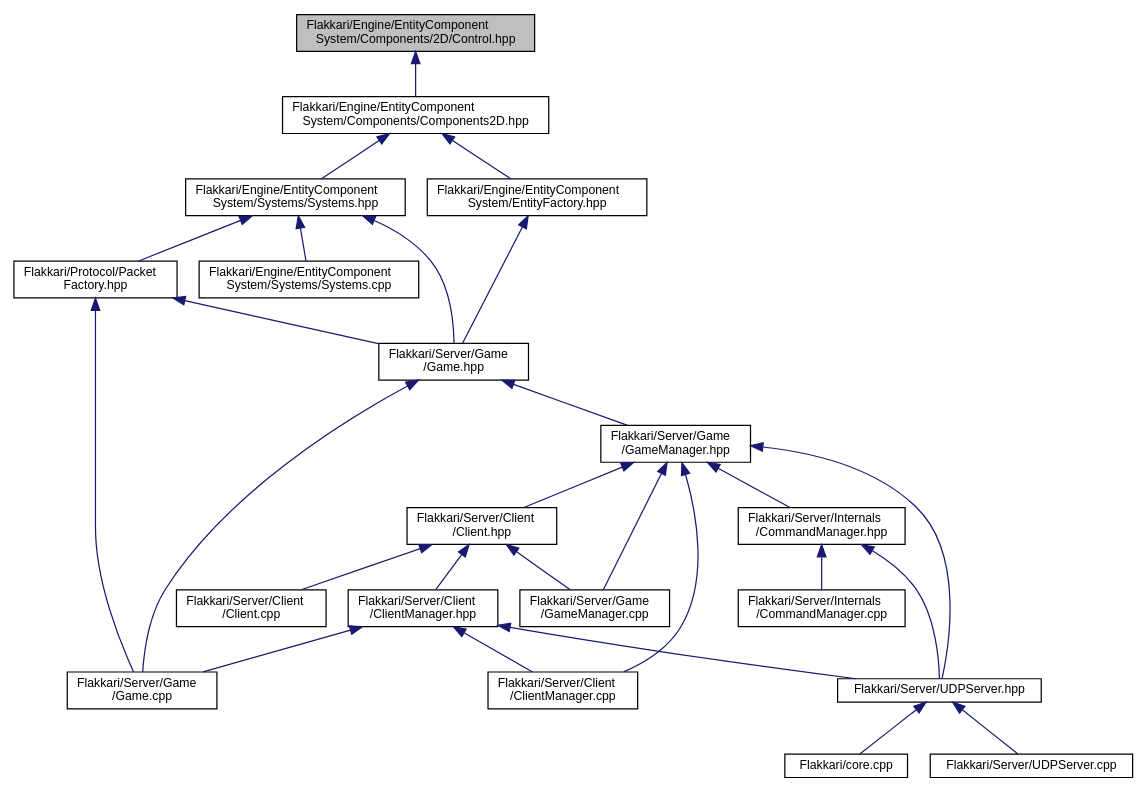
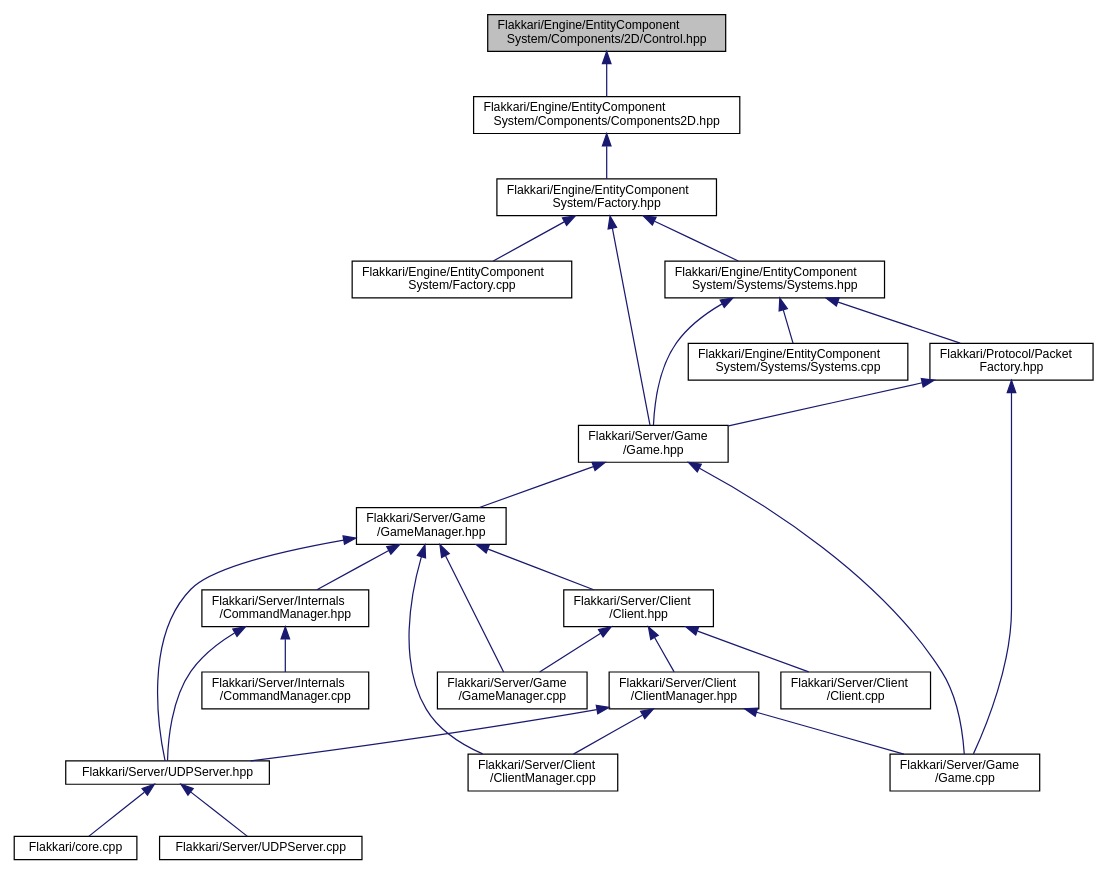
Before and after one commit to MasterLaplace/flakkari: the diagram in df/df8/2D_2Control_8hpp__dep__incl.dot, drawn with Graphviz. The commit also changed 525 other files, not shown here.

```diff
--- a/df/df8/2D_2Control_8hpp__dep__incl.dot
+++ b/df/df8/2D_2Control_8hpp__dep__incl.dot
@@ -1,51 +1,53 @@
 digraph "Flakkari/Engine/EntityComponentSystem/Components/2D/Control.hpp"
 {
  // LATEX_PDF_SIZE
   edge [fontname="Helvetica",fontsize="10",labelfontname="Helvetica",labelfontsize="10"];
   node [fontname="Helvetica",fontsize="10",shape=record];
   Node1 [label="Flakkari/Engine/EntityComponent\lSystem/Components/2D/Control.hpp",height=0.2,width=0.4,color="black", fillcolor="grey75", style="filled", fontcolor="black",tooltip=" "];
   Node1 -> Node2 [dir="back",color="midnightblue",fontsize="10",style="solid",fontname="Helvetica"];
   Node2 [label="Flakkari/Engine/EntityComponent\lSystem/Components/Components2D.hpp",height=0.2,width=0.4,color="black", fillcolor="white", style="filled",URL="$d0/d43/Components2D_8hpp.html",tooltip=" "];
   Node2 -> Node3 [dir="back",color="midnightblue",fontsize="10",style="solid",fontname="Helvetica"];
-  Node3 [label="Flakkari/Engine/EntityComponent\lSystem/EntityFactory.hpp",height=0.2,width=0.4,color="black", fillcolor="white", style="filled",URL="$db/deb/EntityFactory_8hpp.html",tooltip=" "];
+  Node3 [label="Flakkari/Engine/EntityComponent\lSystem/Factory.hpp",height=0.2,width=0.4,color="black", fillcolor="white", style="filled",URL="$d5/d03/Factory_8hpp.html",tooltip=" "];
   Node3 -> Node4 [dir="back",color="midnightblue",fontsize="10",style="solid",fontname="Helvetica"];
-  Node4 [label="Flakkari/Server/Game\l/Game.hpp",height=0.2,width=0.4,color="black", fillcolor="white", style="filled",URL="$d5/d4b/Game_8hpp.html",tooltip=" "];
-  Node4 -> Node5 [dir="back",color="midnightblue",fontsize="10",style="solid",fontname="Helvetica"];
-  Node5 [label="Flakkari/Server/Game\l/Game.cpp",height=0.2,width=0.4,color="black", fillcolor="white", style="filled",URL="$d0/dc4/Game_8cpp.html",tooltip=" "];
-  Node4 -> Node6 [dir="back",color="midnightblue",fontsize="10",style="solid",fontname="Helvetica"];
-  Node6 [label="Flakkari/Server/Game\l/GameManager.hpp",height=0.2,width=0.4,color="black", fillcolor="white", style="filled",URL="$d6/d27/GameManager_8hpp.html",tooltip=" "];
-  Node6 -> Node7 [dir="back",color="midnightblue",fontsize="10",style="solid",fontname="Helvetica"];
-  Node7 [label="Flakkari/Server/Client\l/Client.hpp",height=0.2,width=0.4,color="black", fillcolor="white", style="filled",URL="$d3/d8e/Client_8hpp.html",tooltip=" "];
+  Node4 [label="Flakkari/Engine/EntityComponent\lSystem/Factory.cpp",height=0.2,width=0.4,color="black", fillcolor="white", style="filled",URL="$d8/d5f/Factory_8cpp.html",tooltip=" "];
+  Node3 -> Node5 [dir="back",color="midnightblue",fontsize="10",style="solid",fontname="Helvetica"];
+  Node5 [label="Flakkari/Engine/EntityComponent\lSystem/Systems/Systems.hpp",height=0.2,width=0.4,color="black", fillcolor="white", style="filled",URL="$d8/d3d/Systems_8hpp.html",tooltip=" "];
+  Node5 -> Node6 [dir="back",color="midnightblue",fontsize="10",style="solid",fontname="Helvetica"];
+  Node6 [label="Flakkari/Engine/EntityComponent\lSystem/Systems/Systems.cpp",height=0.2,width=0.4,color="black", fillcolor="white", style="filled",URL="$d1/da0/Systems_8cpp.html",tooltip=" "];
+  Node5 -> Node7 [dir="back",color="midnightblue",fontsize="10",style="solid",fontname="Helvetica"];
+  Node7 [label="Flakkari/Protocol/Packet\lFactory.hpp",height=0.2,width=0.4,color="black", fillcolor="white", style="filled",URL="$d7/d61/PacketFactory_8hpp.html",tooltip=" "];
   Node7 -> Node8 [dir="back",color="midnightblue",fontsize="10",style="solid",fontname="Helvetica"];
-  Node8 [label="Flakkari/Server/Client\l/Client.cpp",height=0.2,width=0.4,color="black", fillcolor="white", style="filled",URL="$dc/d4f/Client_8cpp.html",tooltip=" "];
+  Node8 [label="Flakkari/Server/Game\l/Game.cpp",height=0.2,width=0.4,color="black", fillcolor="white", style="filled",URL="$d0/dc4/Game_8cpp.html",tooltip=" "];
   Node7 -> Node9 [dir="back",color="midnightblue",fontsize="10",style="solid",fontname="Helvetica"];
-  Node9 [label="Flakkari/Server/Client\l/ClientManager.hpp",height=0.2,width=0.4,color="black", fillcolor="white", style="filled",URL="$d8/dff/ClientManager_8hpp.html",tooltip=" "];
+  Node9 [label="Flakkari/Server/Game\l/Game.hpp",height=0.2,width=0.4,color="black", fillcolor="white", style="filled",URL="$d5/d4b/Game_8hpp.html",tooltip=" "];
+  Node9 -> Node8 [dir="back",color="midnightblue",fontsize="10",style="solid",fontname="Helvetica"];
   Node9 -> Node10 [dir="back",color="midnightblue",fontsize="10",style="solid",fontname="Helvetica"];
-  Node10 [label="Flakkari/Server/Client\l/ClientManager.cpp",height=0.2,width=0.4,color="black", fillcolor="white", style="filled",URL="$d9/d36/ClientManager_8cpp.html",tooltip=" "];
-  Node9 -> Node5 [dir="back",color="midnightblue",fontsize="10",style="solid",fontname="Helvetica"];
-  Node9 -> Node11 [dir="back",color="midnightblue",fontsize="10",style="solid",fontname="Helvetica"];
-  Node11 [label="Flakkari/Server/UDPServer.hpp",height=0.2,width=0.4,color="black", fillcolor="white", style="filled",URL="$d6/de9/UDPServer_8hpp.html",tooltip=" "];
+  Node10 [label="Flakkari/Server/Game\l/GameManager.hpp",height=0.2,width=0.4,color="black", fillcolor="white", style="filled",URL="$d6/d27/GameManager_8hpp.html",tooltip=" "];
+  Node10 -> Node11 [dir="back",color="midnightblue",fontsize="10",style="solid",fontname="Helvetica"];
+  Node11 [label="Flakkari/Server/Client\l/Client.hpp",height=0.2,width=0.4,color="black", fillcolor="white", style="filled",URL="$d3/d8e/Client_8hpp.html",tooltip=" "];
   Node11 -> Node12 [dir="back",color="midnightblue",fontsize="10",style="solid",fontname="Helvetica"];
-  Node12 [label="Flakkari/core.cpp",height=0.2,width=0.4,color="black", fillcolor="white", style="filled",URL="$da/de0/core_8cpp.html",tooltip=" "];
+  Node12 [label="Flakkari/Server/Client\l/Client.cpp",height=0.2,width=0.4,color="black", fillcolor="white", style="filled",URL="$dc/d4f/Client_8cpp.html",tooltip=" "];
   Node11 -> Node13 [dir="back",color="midnightblue",fontsize="10",style="solid",fontname="Helvetica"];
-  Node13 [label="Flakkari/Server/UDPServer.cpp",height=0.2,width=0.4,color="black", fillcolor="white", style="filled",URL="$dd/dae/UDPServer_8cpp.html",tooltip=" "];
-  Node7 -> Node14 [dir="back",color="midnightblue",fontsize="10",style="solid",fontname="Helvetica"];
-  Node14 [label="Flakkari/Server/Game\l/GameManager.cpp",height=0.2,width=0.4,color="black", fillcolor="white", style="filled",URL="$dc/dd7/GameManager_8cpp.html",tooltip=" "];
-  Node6 -> Node10 [dir="back",color="midnightblue",fontsize="10",style="solid",fontname="Helvetica"];
-  Node6 -> Node14 [dir="back",color="midnightblue",fontsize="10",style="solid",fontname="Helvetica"];
-  Node6 -> Node15 [dir="back",color="midnightblue",fontsize="10",style="solid",fontname="Helvetica"];
-  Node15 [label="Flakkari/Server/Internals\l/CommandManager.hpp",height=0.2,width=0.4,color="black", fillcolor="white", style="filled",URL="$d9/dae/CommandManager_8hpp.html",tooltip=" "];
+  Node13 [label="Flakkari/Server/Client\l/ClientManager.hpp",height=0.2,width=0.4,color="black", fillcolor="white", style="filled",URL="$d8/dff/ClientManager_8hpp.html",tooltip=" "];
+  Node13 -> Node14 [dir="back",color="midnightblue",fontsize="10",style="solid",fontname="Helvetica"];
+  Node14 [label="Flakkari/Server/Client\l/ClientManager.cpp",height=0.2,width=0.4,color="black", fillcolor="white", style="filled",URL="$d9/d36/ClientManager_8cpp.html",tooltip=" "];
+  Node13 -> Node8 [dir="back",color="midnightblue",fontsize="10",style="solid",fontname="Helvetica"];
+  Node13 -> Node15 [dir="back",color="midnightblue",fontsize="10",style="solid",fontname="Helvetica"];
+  Node15 [label="Flakkari/Server/UDPServer.hpp",height=0.2,width=0.4,color="black", fillcolor="white", style="filled",URL="$d6/de9/UDPServer_8hpp.html",tooltip=" "];
   Node15 -> Node16 [dir="back",color="midnightblue",fontsize="10",style="solid",fontname="Helvetica"];
-  Node16 [label="Flakkari/Server/Internals\l/CommandManager.cpp",height=0.2,width=0.4,color="black", fillcolor="white", style="filled",URL="$d4/dea/CommandManager_8cpp.html",tooltip=" "];
-  Node15 -> Node11 [dir="back",color="midnightblue",fontsize="10",style="solid",fontname="Helvetica"];
-  Node6 -> Node11 [dir="back",color="midnightblue",fontsize="10",style="solid",fontname="Helvetica"];
-  Node2 -> Node17 [dir="back",color="midnightblue",fontsize="10",style="solid",fontname="Helvetica"];
-  Node17 [label="Flakkari/Engine/EntityComponent\lSystem/Systems/Systems.hpp",height=0.2,width=0.4,color="black", fillcolor="white", style="filled",URL="$d8/d3d/Systems_8hpp.html",tooltip=" "];
-  Node17 -> Node18 [dir="back",color="midnightblue",fontsize="10",style="solid",fontname="Helvetica"];
-  Node18 [label="Flakkari/Engine/EntityComponent\lSystem/Systems/Systems.cpp",height=0.2,width=0.4,color="black", fillcolor="white", style="filled",URL="$d1/da0/Systems_8cpp.html",tooltip=" "];
-  Node17 -> Node19 [dir="back",color="midnightblue",fontsize="10",style="solid",fontname="Helvetica"];
-  Node19 [label="Flakkari/Protocol/Packet\lFactory.hpp",height=0.2,width=0.4,color="black", fillcolor="white", style="filled",URL="$d7/d61/PacketFactory_8hpp.html",tooltip=" "];
-  Node19 -> Node5 [dir="back",color="midnightblue",fontsize="10",style="solid",fontname="Helvetica"];
-  Node19 -> Node4 [dir="back",color="midnightblue",fontsize="10",style="solid",fontname="Helvetica"];
-  Node17 -> Node4 [dir="back",color="midnightblue",fontsize="10",style="solid",fontname="Helvetica"];
+  Node16 [label="Flakkari/core.cpp",height=0.2,width=0.4,color="black", fillcolor="white", style="filled",URL="$da/de0/core_8cpp.html",tooltip=" "];
+  Node15 -> Node17 [dir="back",color="midnightblue",fontsize="10",style="solid",fontname="Helvetica"];
+  Node17 [label="Flakkari/Server/UDPServer.cpp",height=0.2,width=0.4,color="black", fillcolor="white", style="filled",URL="$dd/dae/UDPServer_8cpp.html",tooltip=" "];
+  Node11 -> Node18 [dir="back",color="midnightblue",fontsize="10",style="solid",fontname="Helvetica"];
+  Node18 [label="Flakkari/Server/Game\l/GameManager.cpp",height=0.2,width=0.4,color="black", fillcolor="white", style="filled",URL="$dc/dd7/GameManager_8cpp.html",tooltip=" "];
+  Node10 -> Node14 [dir="back",color="midnightblue",fontsize="10",style="solid",fontname="Helvetica"];
+  Node10 -> Node18 [dir="back",color="midnightblue",fontsize="10",style="solid",fontname="Helvetica"];
+  Node10 -> Node19 [dir="back",color="midnightblue",fontsize="10",style="solid",fontname="Helvetica"];
+  Node19 [label="Flakkari/Server/Internals\l/CommandManager.hpp",height=0.2,width=0.4,color="black", fillcolor="white", style="filled",URL="$d9/dae/CommandManager_8hpp.html",tooltip=" "];
+  Node19 -> Node20 [dir="back",color="midnightblue",fontsize="10",style="solid",fontname="Helvetica"];
+  Node20 [label="Flakkari/Server/Internals\l/CommandManager.cpp",height=0.2,width=0.4,color="black", fillcolor="white", style="filled",URL="$d4/dea/CommandManager_8cpp.html",tooltip=" "];
+  Node19 -> Node15 [dir="back",color="midnightblue",fontsize="10",style="solid",fontname="Helvetica"];
+  Node10 -> Node15 [dir="back",color="midnightblue",fontsize="10",style="solid",fontname="Helvetica"];
+  Node5 -> Node9 [dir="back",color="midnightblue",fontsize="10",style="solid",fontname="Helvetica"];
+  Node3 -> Node9 [dir="back",color="midnightblue",fontsize="10",style="solid",fontname="Helvetica"];
 }
```
